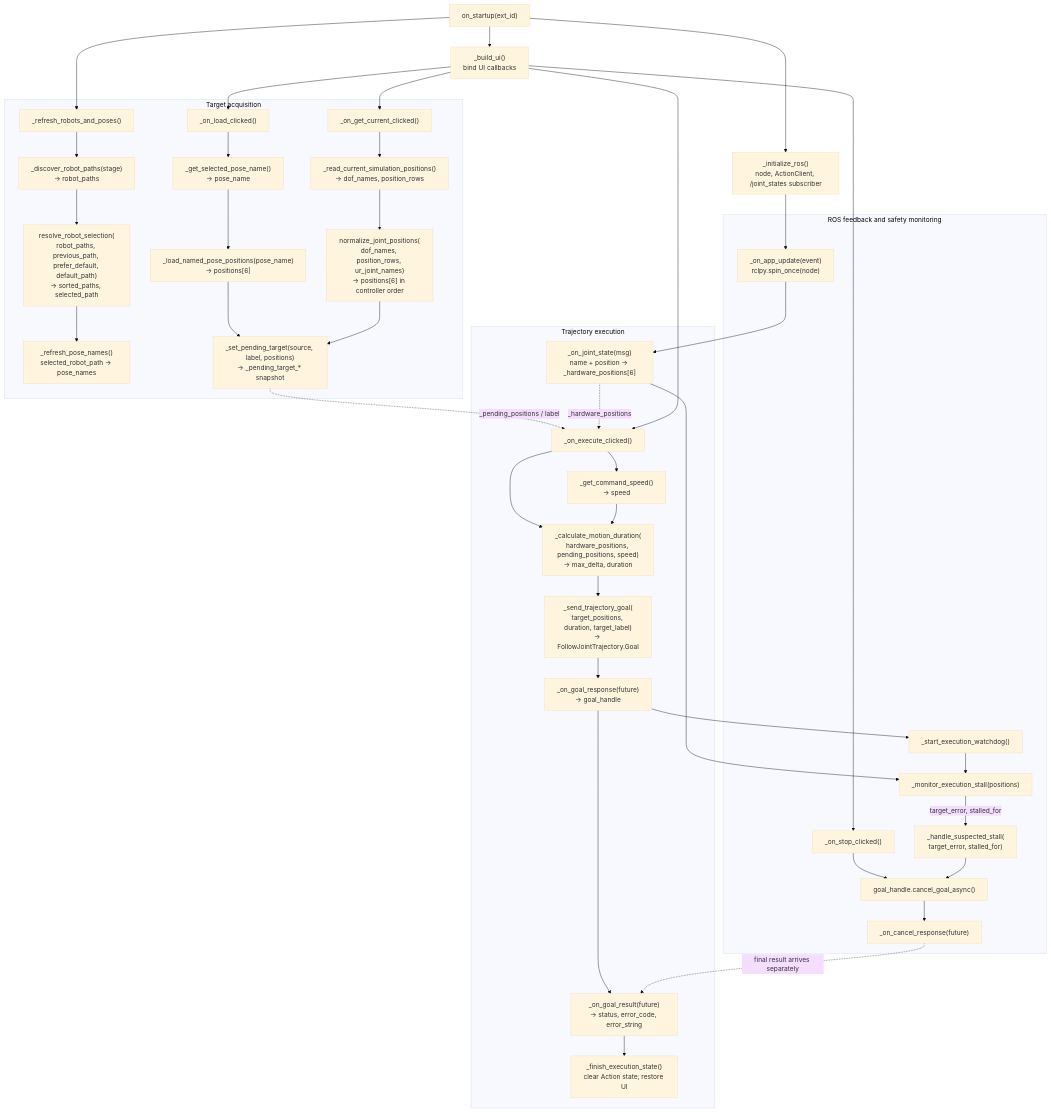
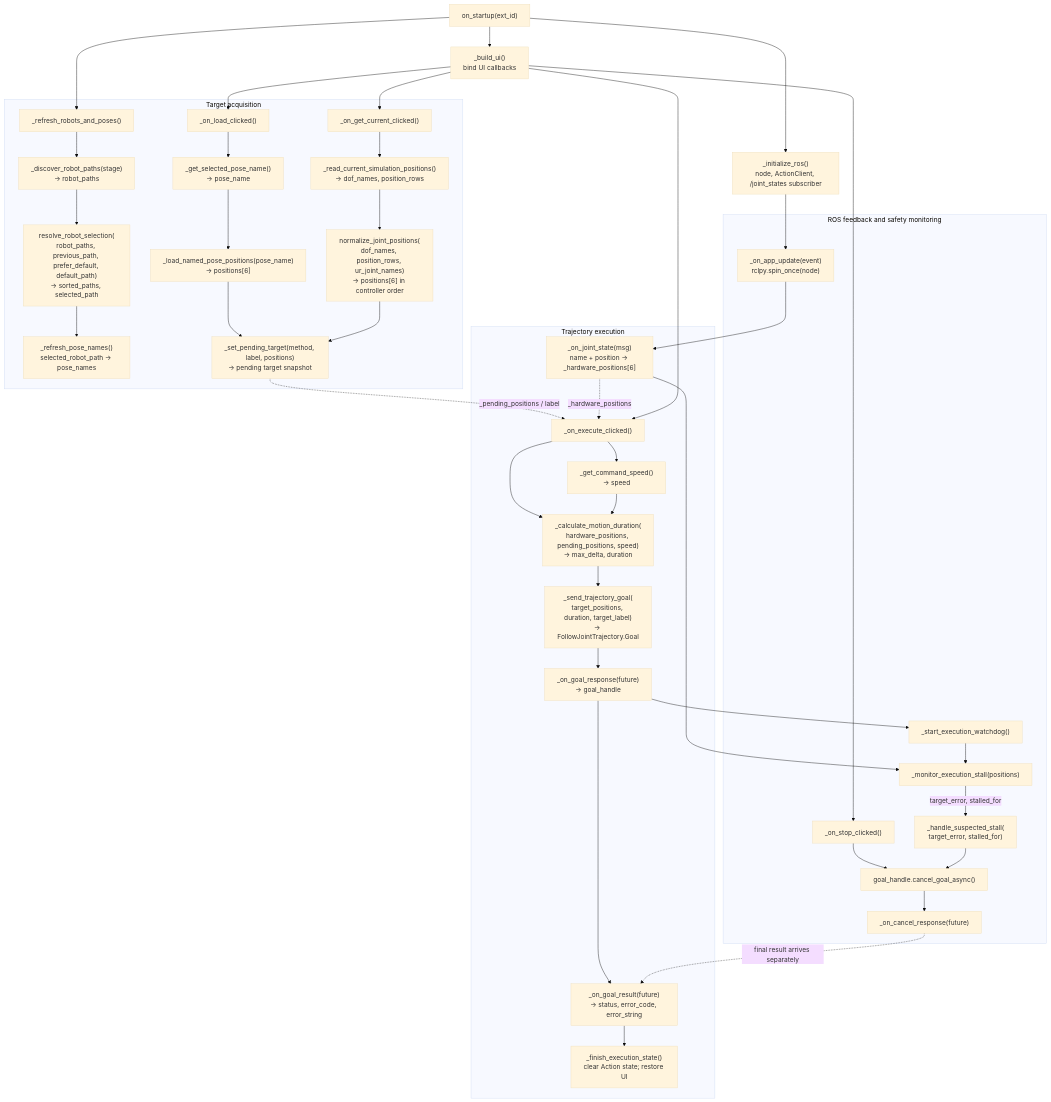
One commit to WeiChanHo/omni-isaac-ur3-sync changed the diagram in README.md. Above: the diagram before and after it, drawn with Mermaid (base theme). The commit also changed other lines of this file and 7 other files, not shown here.

Commit message:
refactor: clarify pose acquisition method terminology

````diff
--- a/README.md
+++ b/README.md
@@ -40,52 +40,52 @@
 ```mermaid
 flowchart TD
     Startup["on_startup(ext_id)"] --> RosInit["_initialize_ros()<br/>node, ActionClient, /joint_states subscriber"]
     Startup --> BuildUI["_build_ui()<br/>bind UI callbacks"]
     Startup --> Refresh["_refresh_robots_and_poses()"]
 
     subgraph Target["Target acquisition"]
         Refresh --> Discover["_discover_robot_paths(stage)<br/>-> robot_paths"]
         Discover --> Resolve["resolve_robot_selection(<br/>robot_paths, previous_path, prefer_default, default_path)<br/>-> sorted_paths, selected_path"]
         Resolve --> Poses["_refresh_pose_names()<br/>selected_robot_path -> pose_names"]
 
         LoadClick["_on_load_clicked()"] --> PoseName["_get_selected_pose_name()<br/>-> pose_name"]
         PoseName --> LoadPose["_load_named_pose_positions(pose_name)<br/>-> positions[6]"]
 
         CurrentClick["_on_get_current_clicked()"] --> ReadSim["_read_current_simulation_positions()<br/>-> dof_names, position_rows"]
         ReadSim --> Normalize["normalize_joint_positions(<br/>dof_names, position_rows, ur_joint_names)<br/>-> positions[6] in controller order"]
 
-        LoadPose --> Pending["_set_pending_target(source, label, positions)<br/>-> _pending_target_* snapshot"]
+        LoadPose --> Pending["_set_pending_target(method, label, positions)<br/>-> pending target snapshot"]
         Normalize --> Pending
     end
 
     subgraph Execute["Trajectory execution"]
         ExecuteClick["_on_execute_clicked()"] --> Speed["_get_command_speed()<br/>-> speed"]
         ExecuteClick --> Duration["_calculate_motion_duration(<br/>hardware_positions, pending_positions, speed)<br/>-> max_delta, duration"]
         Speed --> Duration
         Pending -. "_pending_positions / label" .-> ExecuteClick
         JointState["_on_joint_state(msg)<br/>name + position -> _hardware_positions[6]"] -. "_hardware_positions" .-> ExecuteClick
 
         Duration --> Send["_send_trajectory_goal(<br/>target_positions, duration, target_label)<br/>-> FollowJointTrajectory.Goal"]
         Send --> GoalResponse["_on_goal_response(future)<br/>-> goal_handle"]
         GoalResponse --> Result["_on_goal_result(future)<br/>-> status, error_code, error_string"]
         Result --> Finish["_finish_execution_state()<br/>clear Action state; restore UI"]
     end
 
     subgraph Feedback["ROS feedback and safety monitoring"]
         AppUpdate["_on_app_update(event)<br/>rclpy.spin_once(node)"] --> JointState
         JointState --> Monitor["_monitor_execution_stall(positions)"]
         GoalResponse --> StartWatchdog["_start_execution_watchdog()"]
         StartWatchdog --> Monitor
         Monitor -->|"target_error, stalled_for"| Stall["_handle_suspected_stall(<br/>target_error, stalled_for)"]
         CancelClick["_on_stop_clicked()"] --> Cancel["goal_handle.cancel_goal_async()"]
         Stall --> Cancel
         Cancel --> CancelResponse["_on_cancel_response(future)"]
         CancelResponse -. "final result arrives separately" .-> Result
     end
 
     BuildUI --> LoadClick
     BuildUI --> CurrentClick
     BuildUI --> ExecuteClick
     BuildUI --> CancelClick
     RosInit --> AppUpdate
 ```
````
